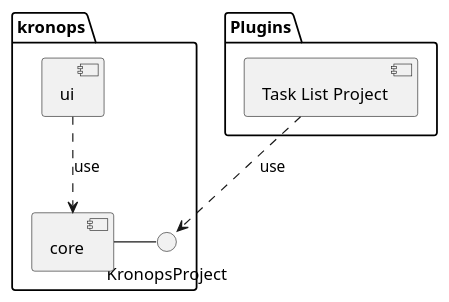
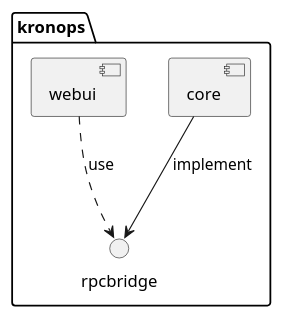
Before and after one commit to TimeboardIO/timeboard: the diagram in docs/Overview.puml, drawn with PlantUML. The commit also changed 9 other files, not shown here.

```diff
--- a/docs/Overview.puml
+++ b/docs/Overview.puml
@@ -1,16 +1,13 @@
 @startuml
 
 
 
 package "kronops" {
-    KronopsProject - [core]
-    [ui] ..> core : use
-}
-
-package "Plugins" {
-    [Task List Project] ..> KronopsProject : use
+    [core]
+    [webui] ..> rpcbridge : use
+    [core] --> rpcbridge : implement
 }
 
 
 
 @enduml
```
